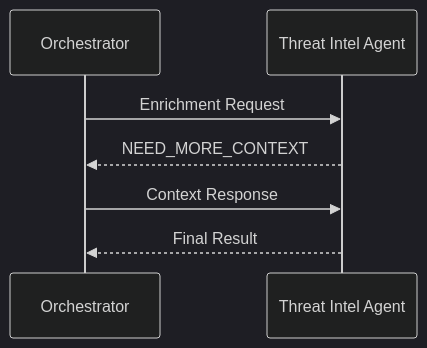
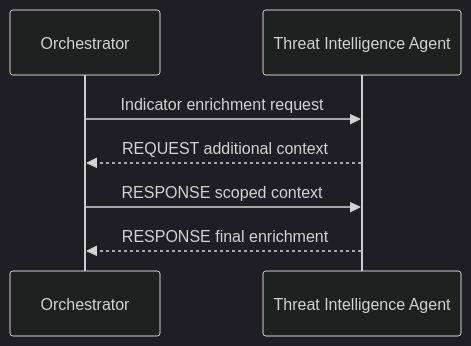
Before and after one commit to Manish927/agentic-threat-intelligence: the ninth of 15 diagrams in README.md, drawn with Mermaid (dark theme). The commit also changed other lines of this file, not shown here.

Commit message:
docs: refine Agentic Threat Intelligence architecture and README

````diff
--- a/README.md
+++ b/README.md
@@ -324,9 +502,10 @@
 ```mermaid
 sequenceDiagram
     participant O as Orchestrator
-    participant T as Threat Intel Agent
-    O->>T: Enrichment Request
-    T-->>O: NEED_MORE_CONTEXT
-    O->>T: Context Response
-    T-->>O: Final Result
+    participant T as Threat Intelligence Agent
+
+    O->>T: Indicator enrichment request
+    T-->>O: REQUEST additional context
+    O->>T: RESPONSE scoped context
+    T-->>O: RESPONSE final enrichment
 ```
````
